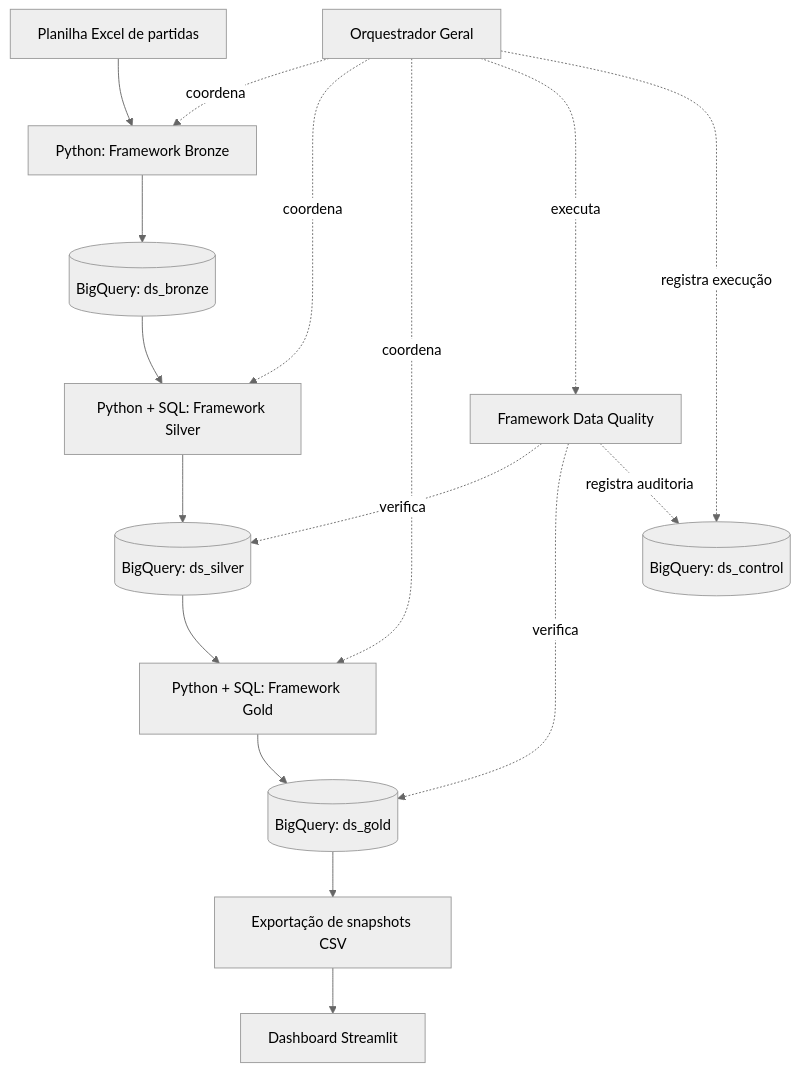
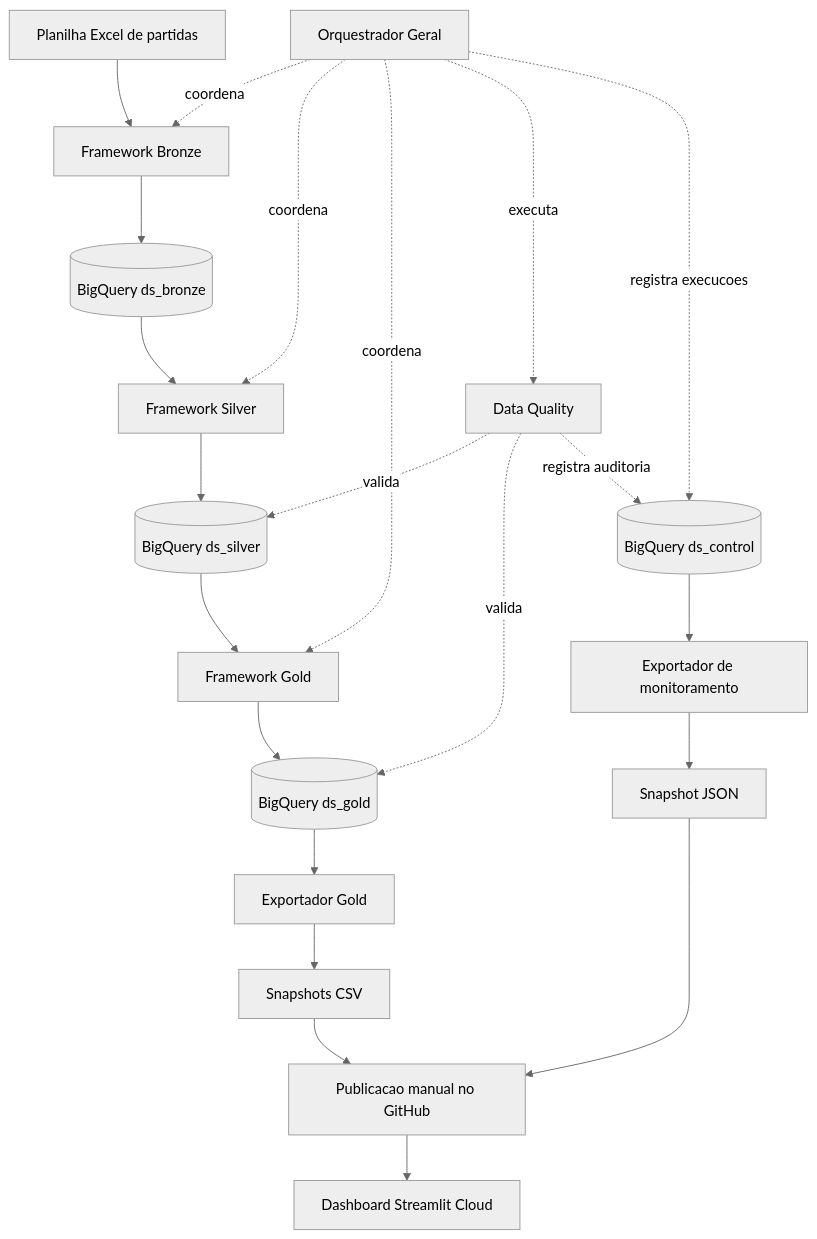
The diagram in README.md (fermiola/brasileirao-analytics), drawn with Mermaid (neutral theme) before and after one commit. The commit also changed other lines of this file, not shown here.

````diff
--- a/README.md
+++ b/README.md
@@ -19,19 +19,24 @@
 ```mermaid
 flowchart TD
-    A[Planilha Excel de partidas] --> B[Python: Framework Bronze]
-    B --> C[(BigQuery: ds_bronze)]
-    C --> D[Python + SQL: Framework Silver]
-    D --> E[(BigQuery: ds_silver)]
-    E --> F[Python + SQL: Framework Gold]
-    F --> G[(BigQuery: ds_gold)]
-    G --> H[Exportação de snapshots CSV]
-    H --> I[Dashboard Streamlit]
+    A[Planilha Excel de partidas] --> B[Framework Bronze]
+    B --> C[(BigQuery ds_bronze)]
+    C --> D[Framework Silver]
+    D --> E[(BigQuery ds_silver)]
+    E --> F[Framework Gold]
+    F --> G[(BigQuery ds_gold)]
     J[Orquestrador Geral] -. coordena .-> B
     J -. coordena .-> D
     J -. coordena .-> F
-    J -. executa .-> K[Framework Data Quality]
-    K -. verifica .-> E
-    K -. verifica .-> G
-    J -. registra execução .-> L[(BigQuery: ds_control)]
+    J -. executa .-> K[Data Quality]
+    K -. valida .-> E
+    K -. valida .-> G
+    J -. registra execucoes .-> L[(BigQuery ds_control)]
     K -. registra auditoria .-> L
+    G --> M[Exportador Gold]
+    M --> N[Snapshots CSV]
+    L --> O[Exportador de monitoramento]
+    O --> P[Snapshot JSON]
+    N --> Q[Publicacao manual no GitHub]
+    P --> Q
+    Q --> R[Dashboard Streamlit Cloud]
 ```
````
